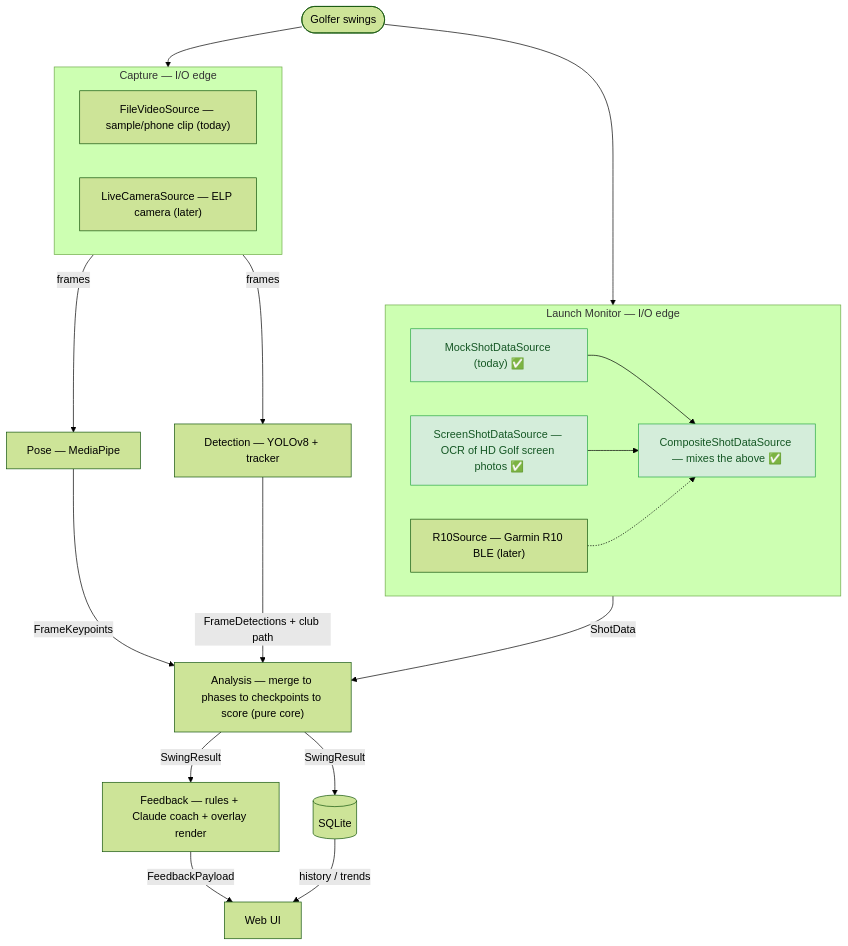
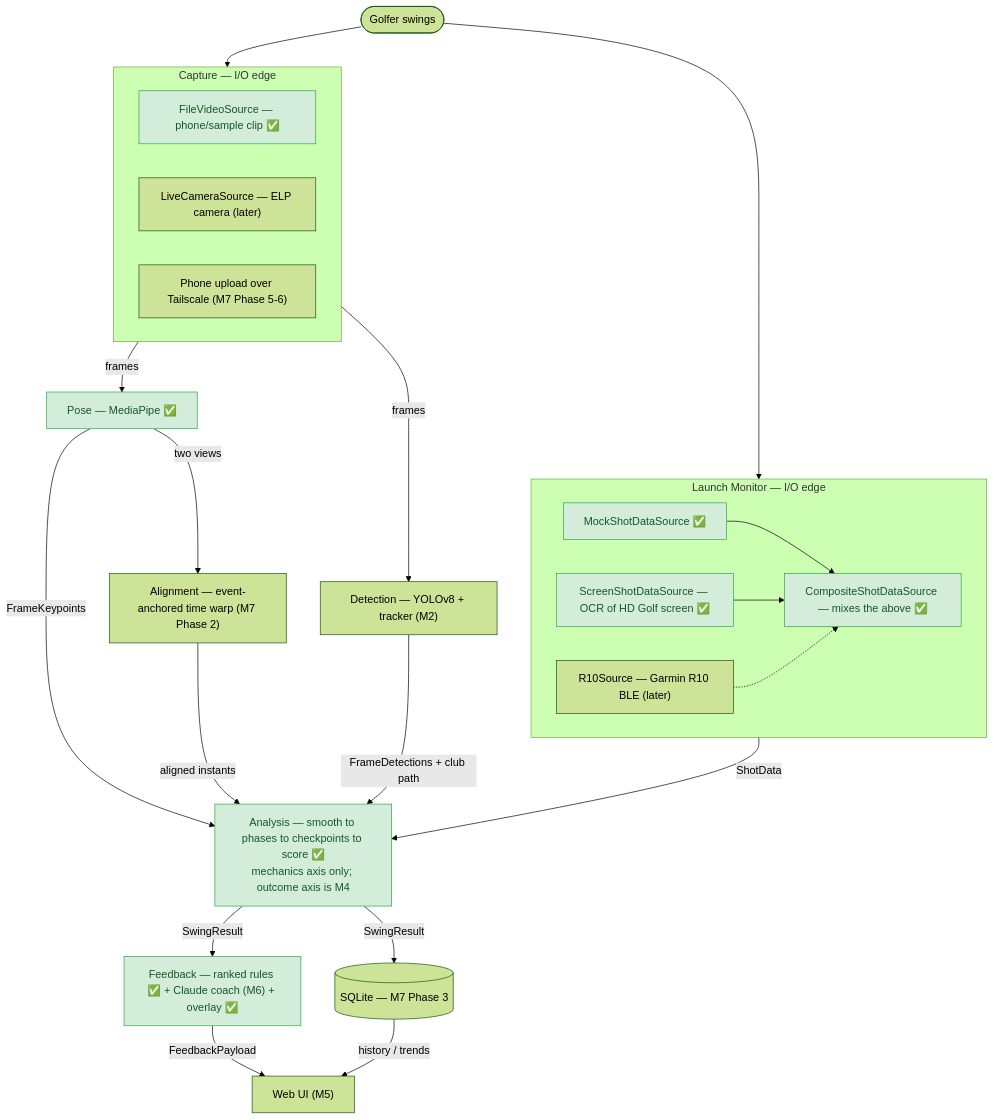
Before and after one commit to MildTreeRat/golf-coach: the second of 5 diagrams in docs/FLOW.md, drawn with Mermaid (forest theme). The commit also changed other lines of this file and 16 other files, not shown here.

````diff
--- a/docs/FLOW.md
+++ b/docs/FLOW.md
@@ -22,41 +86,45 @@
 ```mermaid
 flowchart TD
     User([Golfer swings])
 
     subgraph CAP["Capture — I/O edge"]
-        FSRC["FileVideoSource — sample/phone clip (today)"]
+        FSRC["FileVideoSource — phone/sample clip ✅"]
         CSRC["LiveCameraSource — ELP camera (later)"]
+        UPL["Phone upload over Tailscale (M7 Phase 5-6)"]
     end
 
     subgraph LM["Launch Monitor — I/O edge"]
-        MOCK["MockShotDataSource (today) ✅"]
-        SCR["ScreenShotDataSource — OCR of HD Golf screen photos ✅"]
+        MOCK["MockShotDataSource ✅"]
+        SCR["ScreenShotDataSource — OCR of HD Golf screen ✅"]
         R10["R10Source — Garmin R10 BLE (later)"]
         COMP["CompositeShotDataSource — mixes the above ✅"]
         MOCK --> COMP
         SCR --> COMP
         R10 -.-> COMP
     end
 
-    POSE["Pose — MediaPipe"]
-    DET["Detection — YOLOv8 + tracker"]
-    ANA["Analysis — merge to phases to checkpoints to score (pure core)"]
-    FB["Feedback — rules + Claude coach + overlay render"]
-    UI["Web UI"]
-    DB[(SQLite)]
+    POSE["Pose — MediaPipe ✅"]
+    DET["Detection — YOLOv8 + tracker (M2)"]
+    ALIGN["Alignment — event-anchored time warp (M7 Phase 2)"]
+    ANA["Analysis — smooth to phases to checkpoints to score ✅<br/>mechanics axis only; outcome axis is M4"]
+    FB["Feedback — ranked rules ✅ + Claude coach (M6) + overlay ✅"]
+    UI["Web UI (M5)"]
+    DB[(SQLite — M7 Phase 3)]
 
     User --> CAP
     User --> LM
     CAP -->|frames| POSE
     CAP -->|frames| DET
     POSE -->|FrameKeypoints| ANA
+    POSE -->|two views| ALIGN
+    ALIGN -->|aligned instants| ANA
     DET -->|FrameDetections + club path| ANA
     LM -->|ShotData| ANA
     ANA -->|SwingResult| FB
     ANA -->|SwingResult| DB
     FB -->|FeedbackPayload| UI
     DB -->|history / trends| UI
 
     classDef built fill:#d4edda,stroke:#28a745,color:#155724;
-    class MOCK,SCR,COMP built;
+    class FSRC,MOCK,SCR,COMP,POSE,ANA,FB built;
 ```
````
